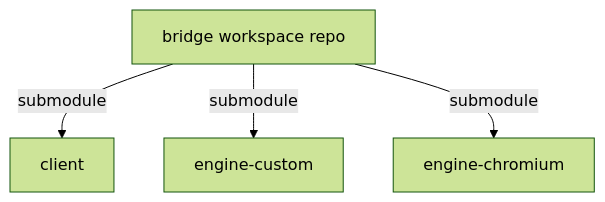
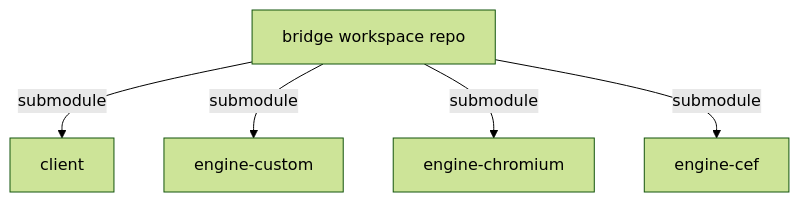
The diagram in refactor.md (dmtomczyk/bridge), drawn with Mermaid (forest theme) before and after one commit. The commit also changed other lines of this file and 1 other file, not shown here.

````diff
--- a/refactor.md
+++ b/refactor.md
@@ -17,11 +17,13 @@
 ```mermaid
 flowchart TD
     W[bridge workspace repo]
     C[client]
     EC[engine-custom]
     ECH[engine-chromium]
+    ECEF[engine-cef]
 
     W -->|submodule| C
     W -->|submodule| EC
     W -->|submodule| ECH
+    W -->|submodule| ECEF
 ```
````
